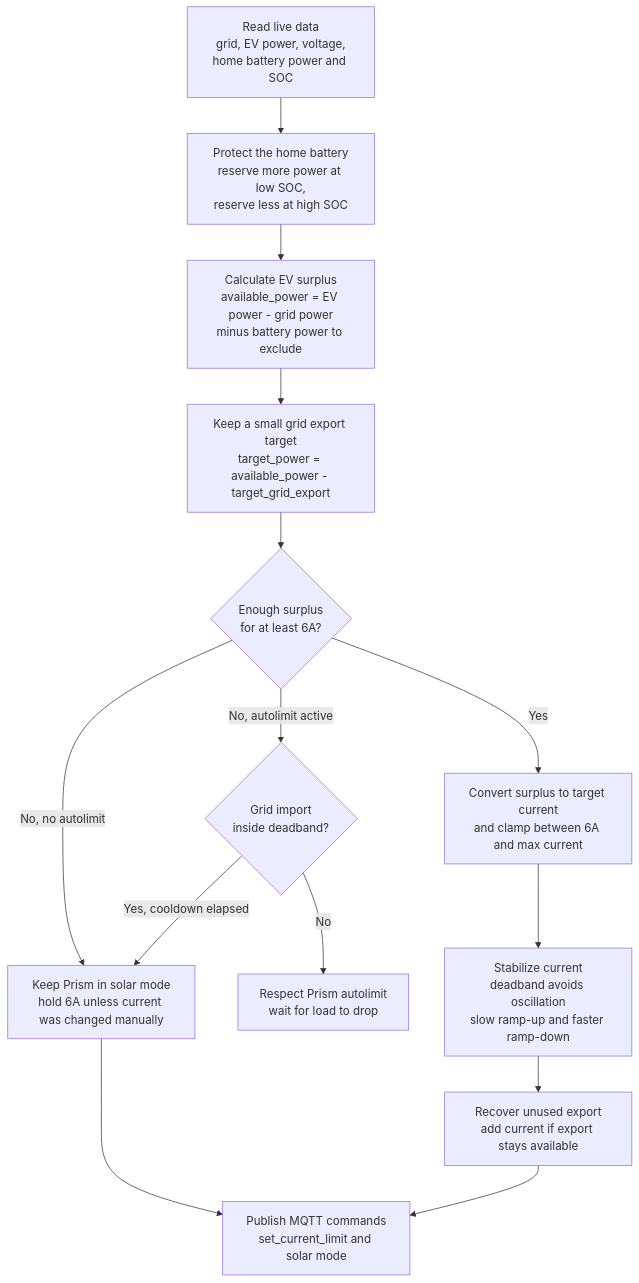
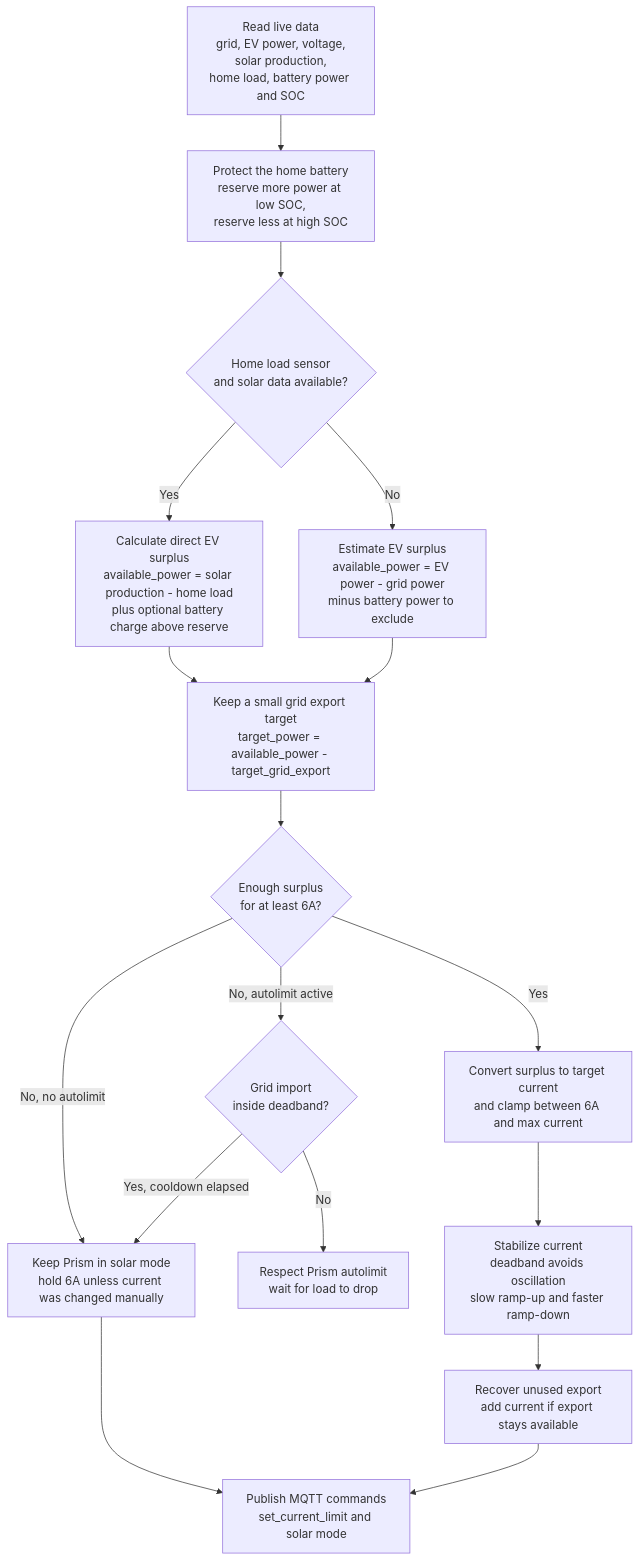
Before and after one commit to italoc/silla-prism-integration: the diagram in README.md, drawn with Mermaid. The commit also changed other lines of this file and 10 other files, not shown here.

Commit message:
Add home load sensor for solar balancing

````diff
--- a/README.md
+++ b/README.md
@@ -158,18 +173,21 @@
 ```mermaid
 flowchart TD
-    A["Read live data<br/>grid, EV power, voltage,<br/>home battery power and SOC"] --> B["Protect the home battery<br/>reserve more power at low SOC,<br/>reserve less at high SOC"]
-    B --> C["Calculate EV surplus<br/>available_power = EV power - grid power<br/>minus battery power to exclude"]
-    C --> D["Keep a small grid export target<br/>target_power = available_power - target_grid_export"]
+    A["Read live data<br/>grid, EV power, voltage,<br/>solar production,<br/>home load, battery power and SOC"] --> B["Protect the home battery<br/>reserve more power at low SOC,<br/>reserve less at high SOC"]
+    B --> C{"Home load sensor<br/>and solar data available?"}
+    C -->|Yes| C1["Calculate direct EV surplus<br/>available_power = solar production - home load<br/>plus optional battery charge above reserve"]
+    C -->|No| C2["Estimate EV surplus<br/>available_power = EV power - grid power<br/>minus battery power to exclude"]
+    C1 --> D["Keep a small grid export target<br/>target_power = available_power - target_grid_export"]
+    C2 --> D["Keep a small grid export target<br/>target_power = available_power - target_grid_export"]
     D --> E{"Enough surplus<br/>for at least 6A?"}
 
     E -->|No, autolimit active| F{"Grid import<br/>inside deadband?"}
     E -->|No, no autolimit| G["Keep Prism in solar mode<br/>hold 6A unless current was changed manually"]
     E -->|Yes| H["Convert surplus to target current<br/>and clamp between 6A and max current"]
 
     F -->|No| L["Respect Prism autolimit<br/>wait for load to drop"]
     F -->|Yes, cooldown elapsed| G
     G --> K["Publish MQTT commands<br/>set_current_limit and solar mode"]
     H --> I["Stabilize current<br/>deadband avoids oscillation<br/>slow ramp-up and faster ramp-down"]
     I --> J["Recover unused export<br/>add current if export stays available"]
     J --> K["Publish MQTT commands<br/>set_current_limit and solar mode"]
 ```
````
